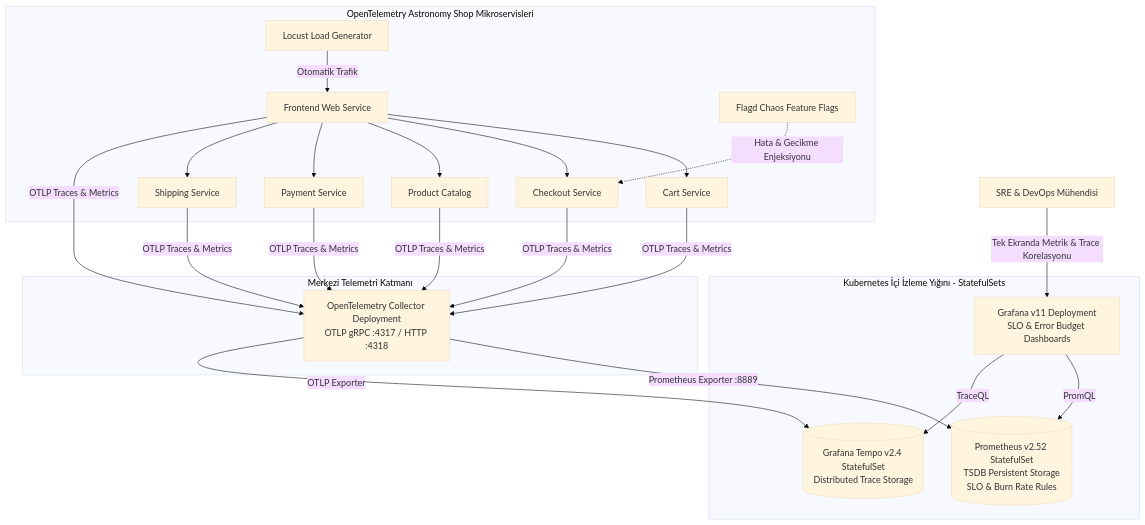
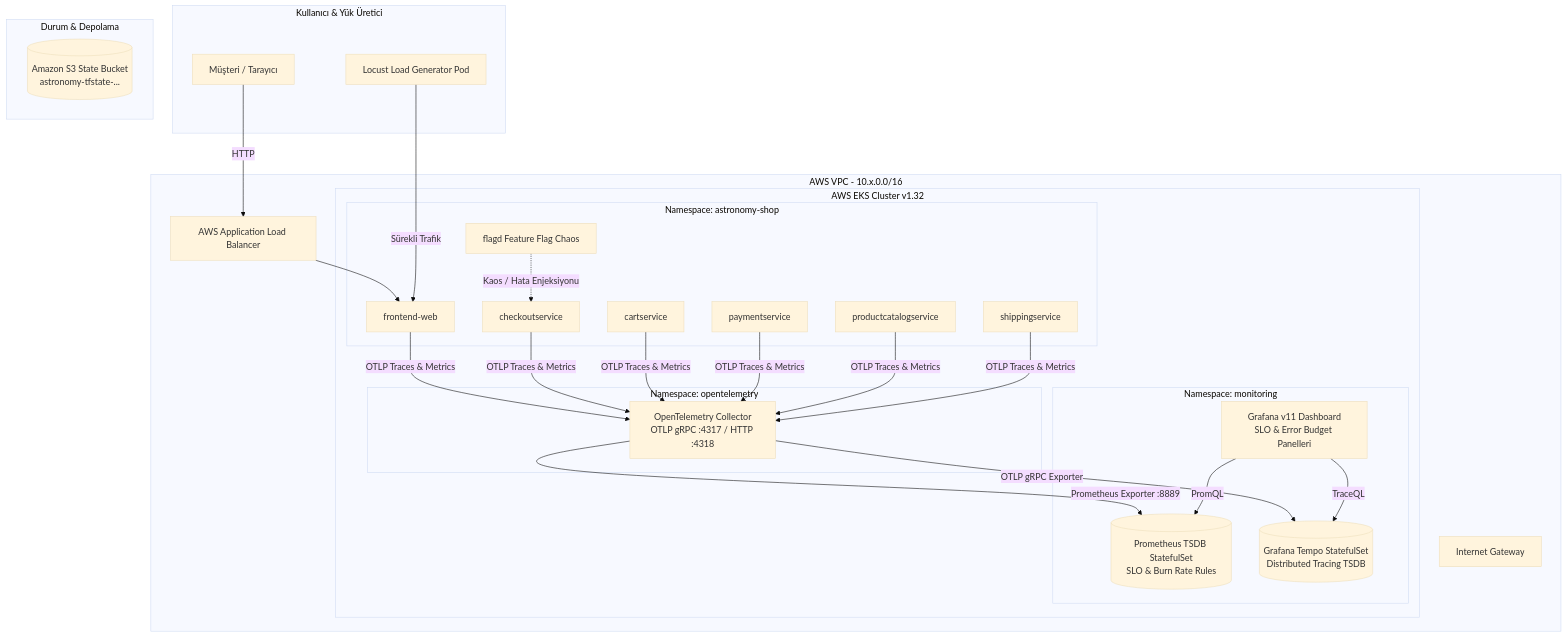
Before and after one commit to devopsatolyesi-labs/ecommerce-sre-slo-opentelemetry: the diagram in README.md, drawn with Mermaid (base theme). The commit also changed other lines of this file and 3 other files, not shown here.

Commit message:
docs: add AWS architecture diagram, clean step-by-step master README, and remove sensitive references

````diff
--- a/README.md
+++ b/README.md
@@ -9,37 +30,49 @@
 ```mermaid
 flowchart TD
-    subgraph APP_TIER [OpenTelemetry Astronomy Shop Mikroservisleri]
-        FRONTEND[Frontend Web Service]
-        CART[Cart Service]
-        CHECKOUT[Checkout Service]
-        CATALOG[Product Catalog]
-        PAYMENT[Payment Service]
-        SHIPPING[Shipping Service]
-        LOADGEN[Locust Load Generator]
-        FLAGD[Flagd Chaos Feature Flags]
+    subgraph CLIENT_LAYER [Kullanıcı & Yük Üretici]
+        USERS[Müşteri / Tarayıcı]
+        LOCUST[Locust Load Generator Pod]
     end
 
-    subgraph OTEL_LAYER [Merkezi Telemetri Katmanı]
-        COLLECTOR[OpenTelemetry Collector Deployment\nOTLP gRPC :4317 / HTTP :4318]
+    subgraph AWS_VPC [AWS VPC - 10.x.0.0/16]
+        IGW[Internet Gateway]
+        ALB[AWS Application Load Balancer]
+        
+        subgraph EKS_CLUSTER [AWS EKS Cluster v1.32]
+            subgraph APP_NS [Namespace: astronomy-shop]
+                FRONTEND[frontend-web]
+                CHECKOUT[checkoutservice]
+                CART[cartservice]
+                PAYMENT[paymentservice]
+                CATALOG[productcatalogservice]
+                SHIPPING[shippingservice]
+                FLAGD[flagd Feature Flag Chaos]
+            end
+
+            subgraph OTEL_NS [Namespace: opentelemetry]
+                OTEL_COL[OpenTelemetry Collector\nOTLP gRPC :4317 / HTTP :4318]
+            end
+
+            subgraph MON_NS [Namespace: monitoring]
+                PROM[(Prometheus TSDB StatefulSet\nSLO & Burn Rate Rules)]
+                TEMPO[(Grafana Tempo StatefulSet\nDistributed Tracing TSDB)]
+                GRAFANA[Grafana v11 Dashboard\nSLO & Error Budget Panelleri]
+            end
+        end
     end
 
-    subgraph OBSERVABILITY_STATEFUL [Kubernetes İçi İzleme Yığını - StatefulSets]
-        PROM[(Prometheus v2.52 StatefulSet\nTSDB Persistent Storage\nSLO & Burn Rate Rules)]
-        TEMPO[(Grafana Tempo v2.4 StatefulSet\nDistributed Trace Storage)]
-        GRAFANA[Grafana v11 Deployment\nSLO & Error Budget Dashboards]
+    subgraph AWS_STORAGE [Durum & Depolama]
+        S3[(Amazon S3 State Bucket\nastronomy-tfstate-...)]
     end
 
-    LOADGEN -->|Otomatik Trafik| FRONTEND
-    FLAGD -.->|Hata & Gecikme Enjeksiyonu| CHECKOUT
-    FRONTEND --> CART & CHECKOUT & CATALOG & PAYMENT & SHIPPING
+    USERS -->|HTTP| ALB --> FRONTEND
+    LOCUST -->|Sürekli Trafik| FRONTEND
+    FLAGD -.->|Kaos / Hata Enjeksiyonu| CHECKOUT
 
-    FRONTEND & CART & CHECKOUT & CATALOG & PAYMENT & SHIPPING -->|OTLP Traces & Metrics| COLLECTOR
-
-    COLLECTOR -->|Prometheus Exporter :8889| PROM
-    COLLECTOR -->|OTLP Exporter| TEMPO
+    FRONTEND & CHECKOUT & CART & PAYMENT & CATALOG & SHIPPING -->|OTLP Traces & Metrics| OTEL_COL
+    OTEL_COL -->|Prometheus Exporter :8889| PROM
+    OTEL_COL -->|OTLP gRPC Exporter| TEMPO
 
     GRAFANA -->|PromQL| PROM
     GRAFANA -->|TraceQL| TEMPO
-
-    SRE[SRE & DevOps Mühendisi] -->|Tek Ekranda Metrik & Trace Korelasyonu| GRAFANA
 ```
````
